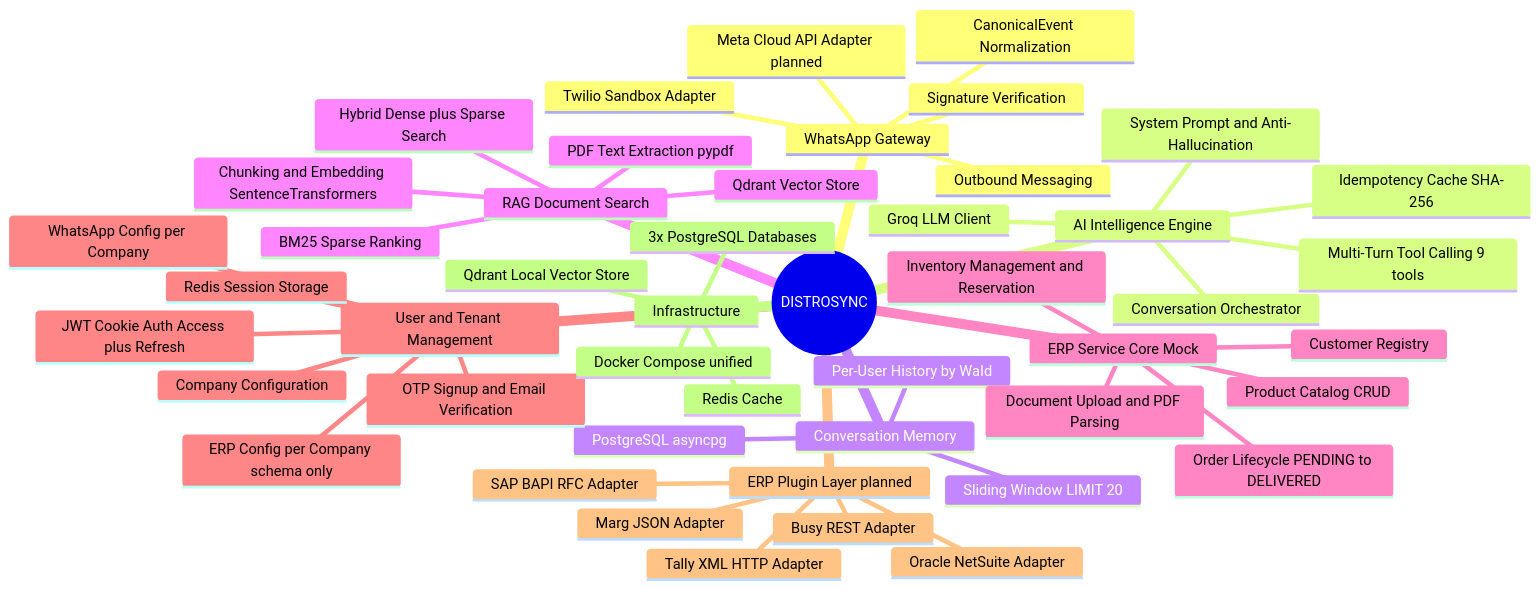
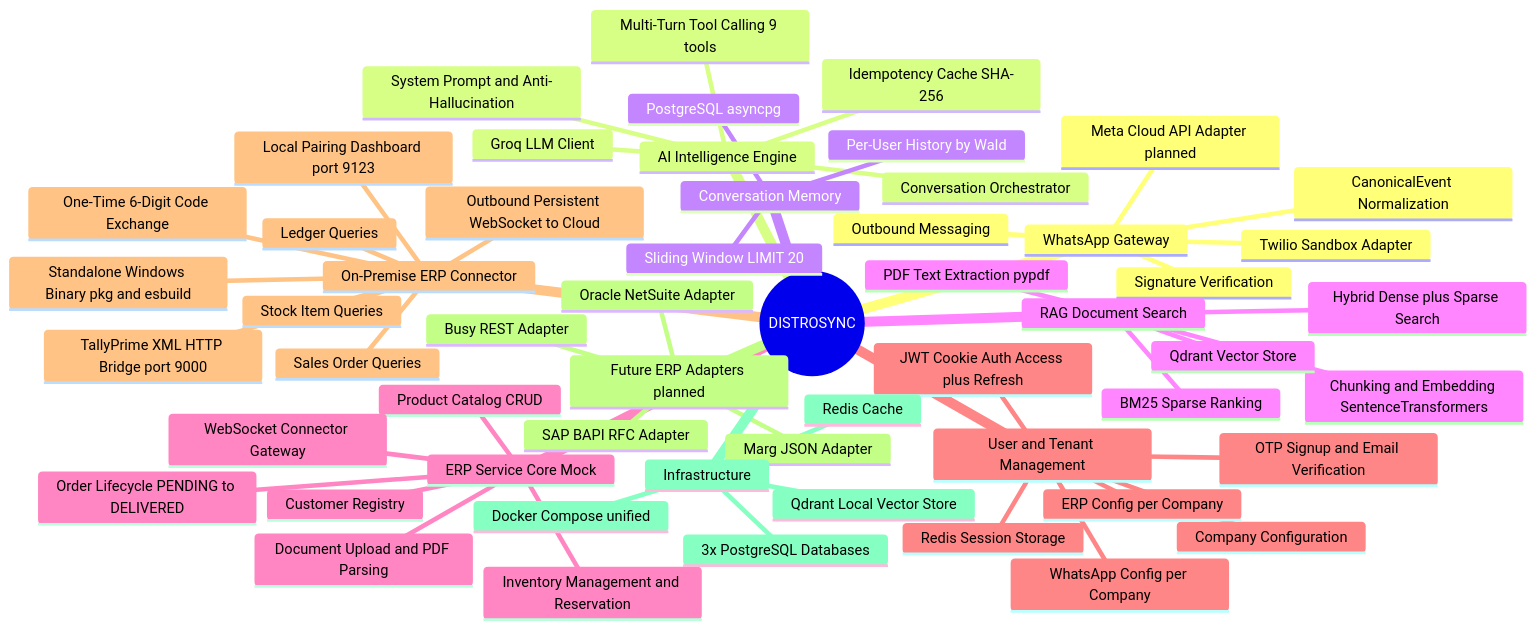
The diagram in brain/mindmap.md (Tusharkaushik02/DISTROSYNC), drawn with Mermaid before and after one commit. The commit also changed other lines of this file and 9 other files, not shown here.

````diff
--- a/brain/mindmap.md
+++ b/brain/mindmap.md
@@ -10,50 +10,59 @@
 ```mermaid
 mindmap
   root((DISTROSYNC))
     WhatsApp Gateway
       Twilio Sandbox Adapter
       Meta Cloud API Adapter planned
       CanonicalEvent Normalization
       Signature Verification
       Outbound Messaging
     AI Intelligence Engine
       Groq LLM Client
       Conversation Orchestrator
       System Prompt and Anti-Hallucination
       Multi-Turn Tool Calling 9 tools
       Idempotency Cache SHA-256
     Conversation Memory
       PostgreSQL asyncpg
       Per-User History by WaId
       Sliding Window LIMIT 20
     RAG Document Search
       PDF Text Extraction pypdf
       Chunking and Embedding SentenceTransformers
       Qdrant Vector Store
       BM25 Sparse Ranking
       Hybrid Dense plus Sparse Search
     ERP Service Core Mock
       Product Catalog CRUD
       Inventory Management and Reservation
       Customer Registry
       Order Lifecycle PENDING to DELIVERED
       Document Upload and PDF Parsing
+      WebSocket Connector Gateway
     User and Tenant Management
       OTP Signup and Email Verification
       JWT Cookie Auth Access plus Refresh
       Redis Session Storage
       Company Configuration
       WhatsApp Config per Company
-      ERP Config per Company schema only
-    ERP Plugin Layer planned
-      Tally XML HTTP Adapter
+      ERP Config per Company
+    On-Premise ERP Connector
+      TallyPrime XML HTTP Bridge port 9000
+      Outbound Persistent WebSocket to Cloud
+      Local Pairing Dashboard port 9123
+      One-Time 6-Digit Code Exchange
+      Stock Item Queries
+      Ledger Queries
+      Sales Order Queries
+      Standalone Windows Binary pkg and esbuild
+    Future ERP Adapters planned
       SAP BAPI RFC Adapter
       Busy REST Adapter
       Marg JSON Adapter
       Oracle NetSuite Adapter
     Infrastructure
       Docker Compose unified
       3x PostgreSQL Databases
       Redis Cache
       Qdrant Local Vector Store
 ```
````
